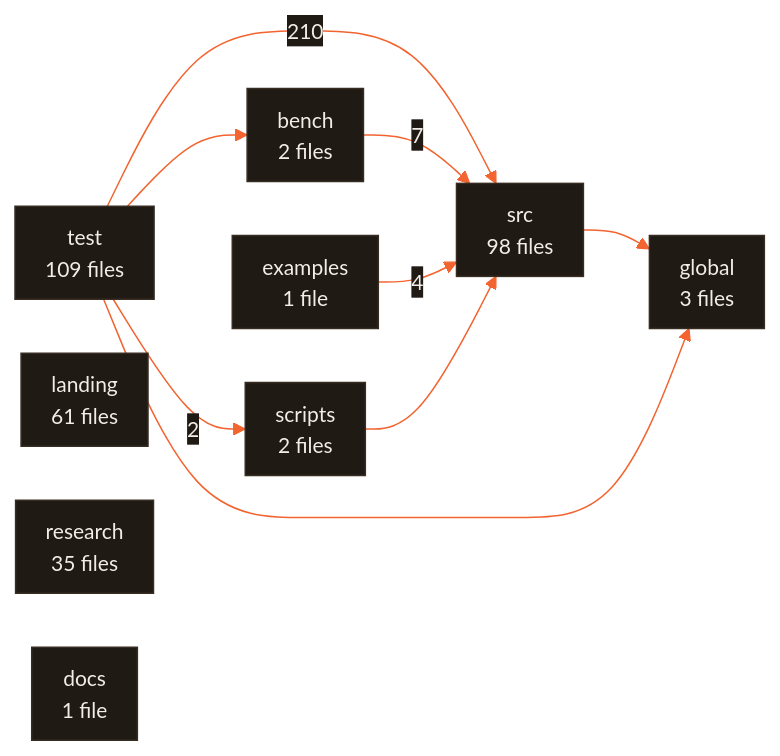
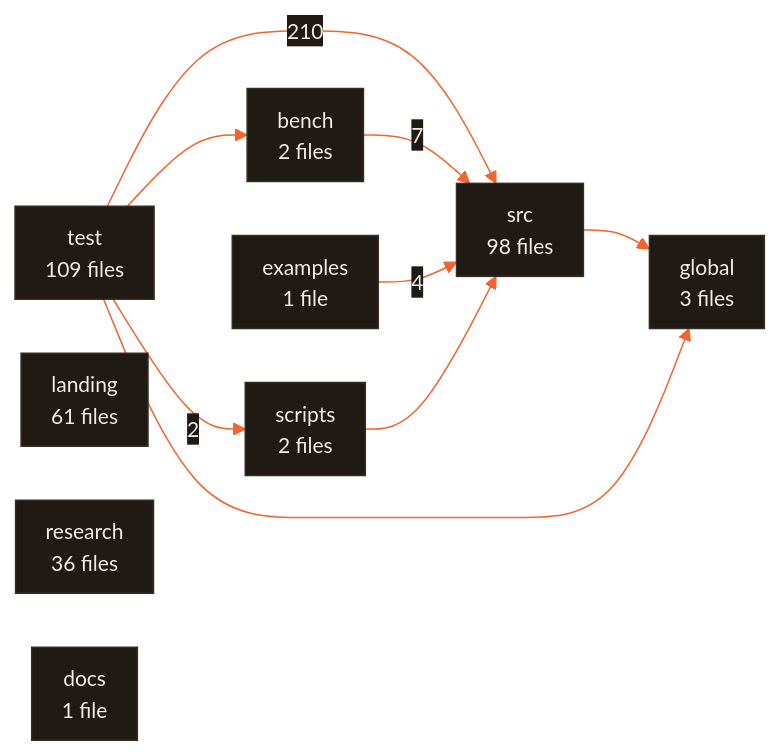
One commit to CodeWithJuber/forgekit changed the fifth of 5 diagrams in ARCHITECTURE.md. Above: the diagram before and after it, drawn with Mermaid. The commit also changed 2 other files, not shown here.

Commit message:
docs(research): add a stdlib script that recomputes the review corrections
research/recompute_corrections.py re-derives every number used in the
2026-09-21 corrections to the research papers: Theorem D and Eq. 5
arithmetic, the repo-cluster bootstrap (seed 1234, 20,000 resamples),
the paired held-out comparison, cost per judged-correct output, the
calibration bins and the label agreement. It is standard-library Python
with a minimal Parquet reader, so it runs without numpy, scipy or
pyarrow against the extracted replication package.

The ARCHITECTURE.md repo-map block is re-rendered for the new file.

````diff
--- a/ARCHITECTURE.md
+++ b/ARCHITECTURE.md
@@ -597,21 +597,21 @@
 ```mermaid
 %%{init: {'theme':'base','themeVariables':{'primaryColor':'#201a15','primaryTextColor':'#f2ede7','primaryBorderColor':'#372c22','lineColor':'#f26430','secondaryColor':'#272019','tertiaryColor':'#171310','edgeLabelBackground':'#201a15','clusterBkg':'#171310','clusterBorder':'#4a3b2e','fontFamily':'ui-sans-serif, system-ui, sans-serif','fontSize':'14px'},'flowchart':{'curve':'basis','padding':10,'nodeSpacing':36,'rankSpacing':44}}}%%
 flowchart LR
   test["test<br/>109 files"]
   src["src<br/>98 files"]
   landing["landing<br/>61 files"]
-  research["research<br/>35 files"]
+  research["research<br/>36 files"]
   global["global<br/>3 files"]
   bench["bench<br/>2 files"]
   scripts["scripts<br/>2 files"]
   docs["docs<br/>1 file"]
   examples["examples<br/>1 file"]
   test -- 210 --> src
   bench -- 7 --> src
   examples -- 4 --> src
   test -- 2 --> scripts
   scripts --> src
   src --> global
   test --> bench
   test --> global
 ```
````
